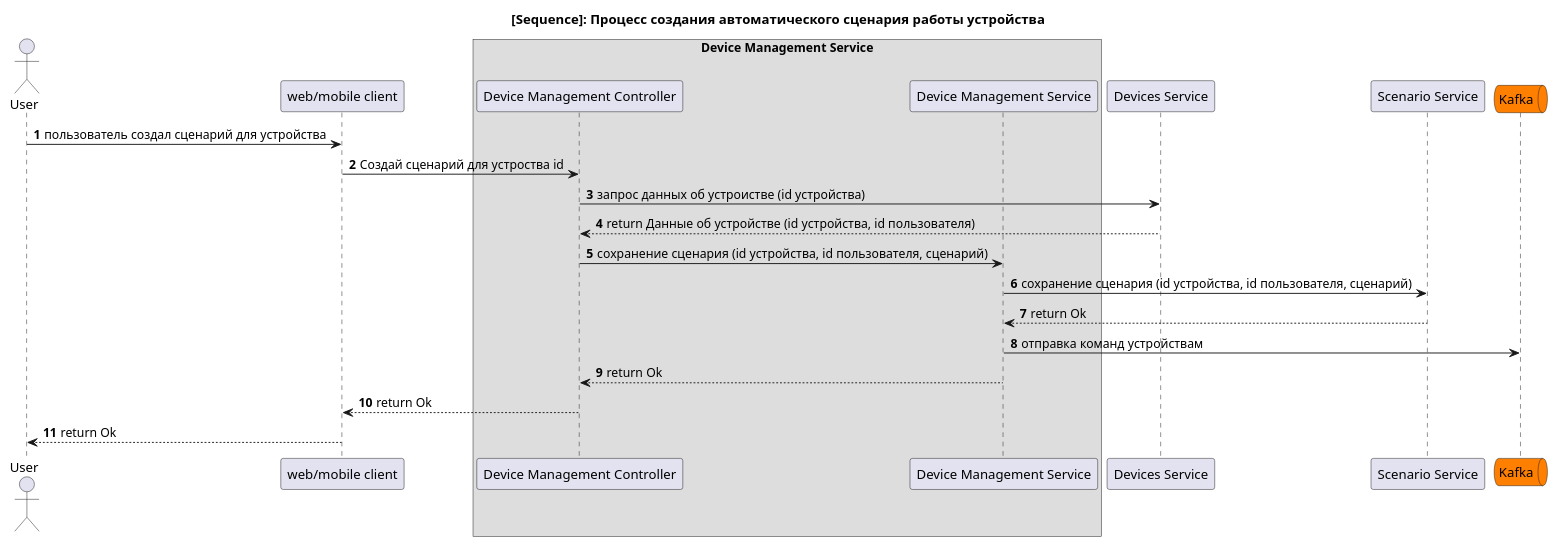
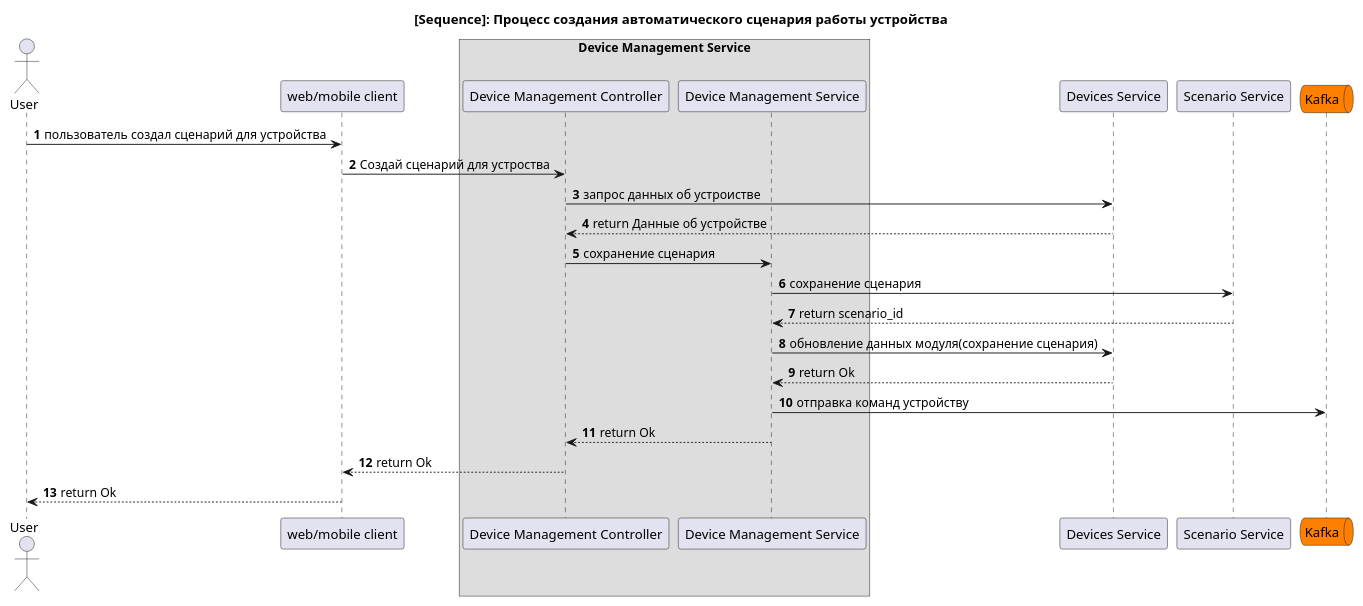
The diagram in diagrams/to_be/code/DeviceManagementService_SaveScenario_Code.puml (wiky-avis/architecture-sprint-3), drawn with PlantUML before and after one commit. The commit also changed 3 other files, not shown here.

```diff
--- a/diagrams/to_be/code/DeviceManagementService_SaveScenario_Code.puml
+++ b/diagrams/to_be/code/DeviceManagementService_SaveScenario_Code.puml
@@ -1,28 +1,30 @@
 @startuml
 autonumber
 
 title [Sequence]: Процесс создания автоматического сценария работы устройства
 
 actor "User" as user
 participant client as "web/mobile client"
 box "Device Management Service"
     participant DeviceManagementController as "Device Management Controller"
     participant ServiceLayer as "Device Management Service"
 endbox
 participant DevicesService as "Devices Service"
 participant ScenarioService as "Scenario Service"
 queue "Kafka" as kafka #ff7f00
 
 user -> client: пользователь создал сценарий для устройства
-client -> DeviceManagementController: Создай сценарий для устроства id
-DeviceManagementController -> DevicesService: запрос данных об устроистве (id устройства)
-DevicesService --> DeviceManagementController: return Данные об устройстве (id устройства, id пользователя)
-DeviceManagementController -> ServiceLayer: сохранение сценария (id устройства, id пользователя, сценарий)
-ServiceLayer -> ScenarioService: сохранение сценария (id устройства, id пользователя, сценарий)
-ScenarioService --> ServiceLayer: return Ok
-ServiceLayer -> kafka: отправка команд устройствам
+client -> DeviceManagementController: Создай сценарий для устроства
+DeviceManagementController -> DevicesService: запрос данных об устроистве
+DevicesService --> DeviceManagementController: return Данные об устройстве
+DeviceManagementController -> ServiceLayer: сохранение сценария
+ServiceLayer -> ScenarioService: сохранение сценария
+ScenarioService --> ServiceLayer: return scenario_id
+ServiceLayer -> DevicesService: обновление данных модуля(сохранение сценария)
+DevicesService --> ServiceLayer: return Ok
+ServiceLayer -> kafka: отправка команд устройству
 ServiceLayer --> DeviceManagementController: return Ok
 DeviceManagementController --> client: return Ok
 client --> user: return Ok
 
 @enduml
```
